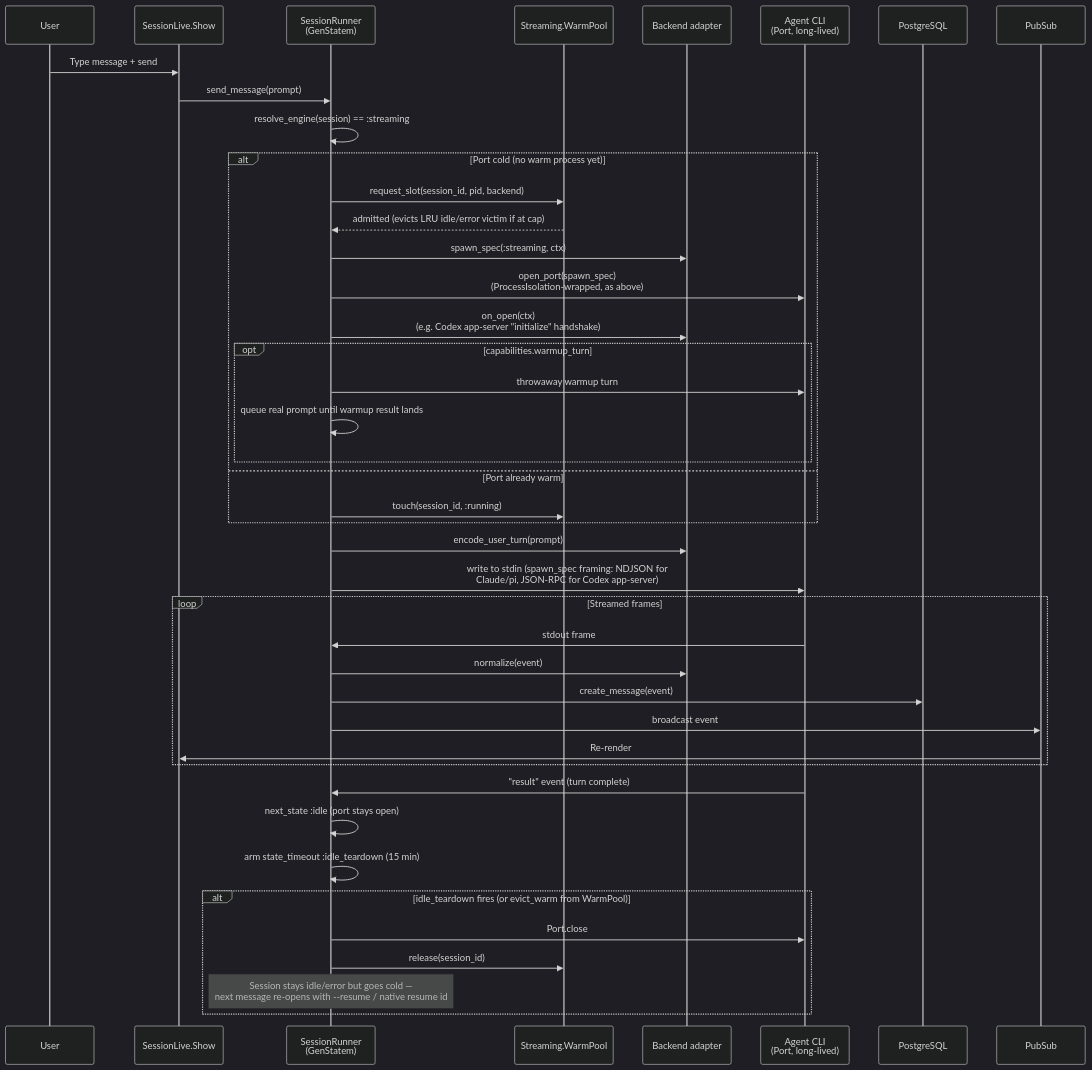
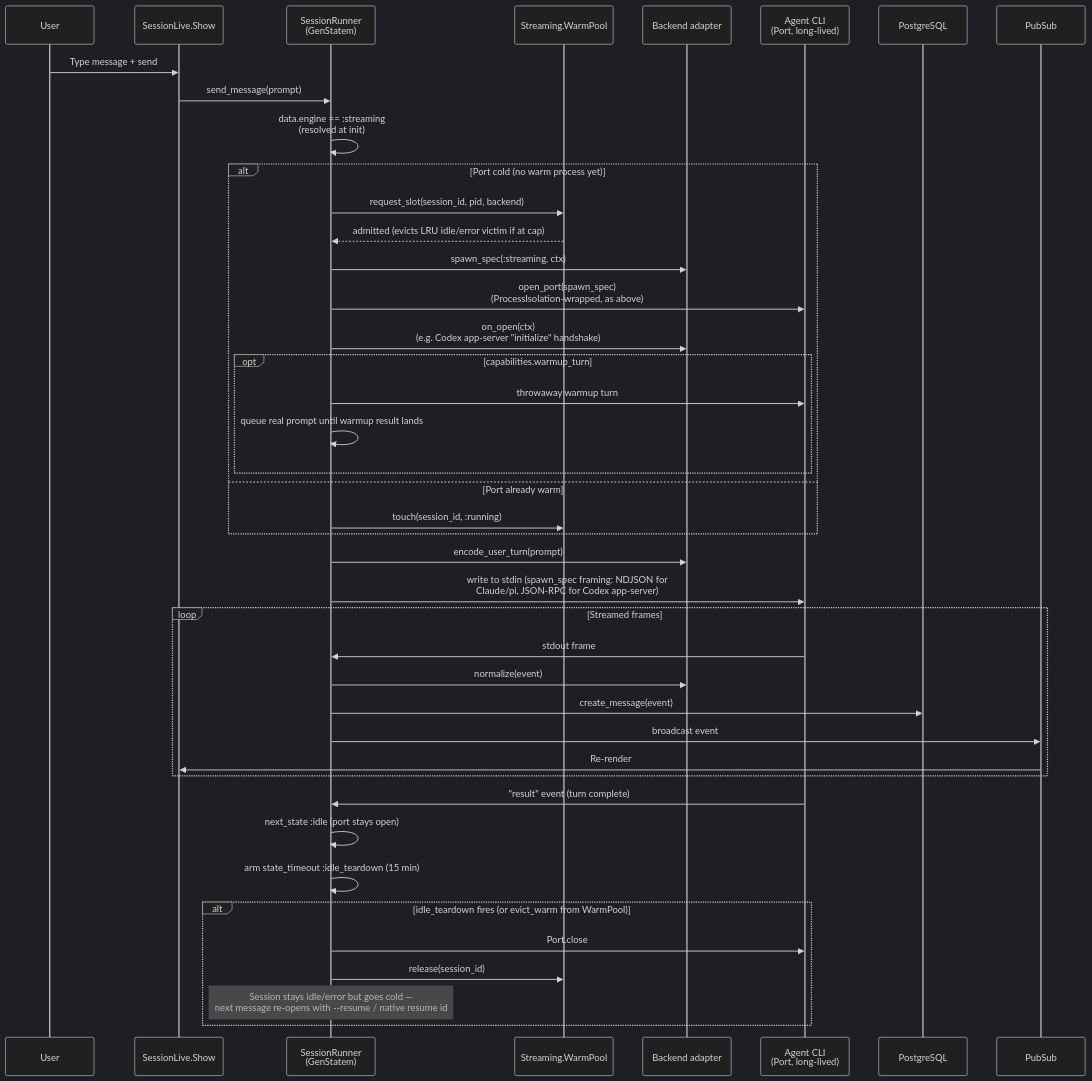
Before and after one commit to zingbretsen/orca_hub: the second of 3 diagrams in .context/message-flow.md, drawn with Mermaid (dark theme). The commit also changed other lines of this file and 3 other files, not shown here.

First line of the commit message:
Refresh .context architecture docs to match current code (scheduled audit)

````diff
--- a/.context/message-flow.md
+++ b/.context/message-flow.md
@@ -85,50 +95,50 @@
 ```mermaid
 sequenceDiagram
     participant User
     participant LiveView as SessionLive.Show
     participant Runner as SessionRunner<br>(GenStatem)
     participant WarmPool as Streaming.WarmPool
     participant Backend as Backend adapter
     participant CLI as Agent CLI<br>(Port, long-lived)
     participant DB as PostgreSQL
     participant PubSub
 
     User->>LiveView: Type message + send
     LiveView->>Runner: send_message(prompt)
-    Runner->>Runner: resolve_engine(session) == :streaming
+    Runner->>Runner: data.engine == :streaming<br>(resolved at init)
 
     alt Port cold (no warm process yet)
         Runner->>WarmPool: request_slot(session_id, pid, backend)
         WarmPool-->>Runner: admitted (evicts LRU idle/error victim if at cap)
         Runner->>Backend: spawn_spec(:streaming, ctx)
         Runner->>CLI: open_port(spawn_spec)<br>(ProcessIsolation-wrapped, as above)
         Runner->>Backend: on_open(ctx)<br>(e.g. Codex app-server "initialize" handshake)
         opt capabilities.warmup_turn
             Runner->>CLI: throwaway warmup turn
             Runner->>Runner: queue real prompt until warmup result lands
         end
     else Port already warm
         Runner->>WarmPool: touch(session_id, :running)
     end
 
     Runner->>Backend: encode_user_turn(prompt)
     Runner->>CLI: write to stdin (spawn_spec framing: NDJSON for<br>Claude/pi, JSON-RPC for Codex app-server)
 
     loop Streamed frames
         CLI->>Runner: stdout frame
         Runner->>Backend: normalize(event)
         Runner->>DB: create_message(event)
         Runner->>PubSub: broadcast event
         PubSub->>LiveView: Re-render
     end
 
     CLI->>Runner: "result" event (turn complete)
     Runner->>Runner: next_state :idle (port stays open)
     Runner->>Runner: arm state_timeout :idle_teardown (15 min)
 
     alt idle_teardown fires (or evict_warm from WarmPool)
         Runner->>CLI: Port.close
         Runner->>WarmPool: release(session_id)
         Note over Runner: Session stays idle/error but goes cold —<br/>next message re-opens with --resume / native resume id
     end
 ```
````
